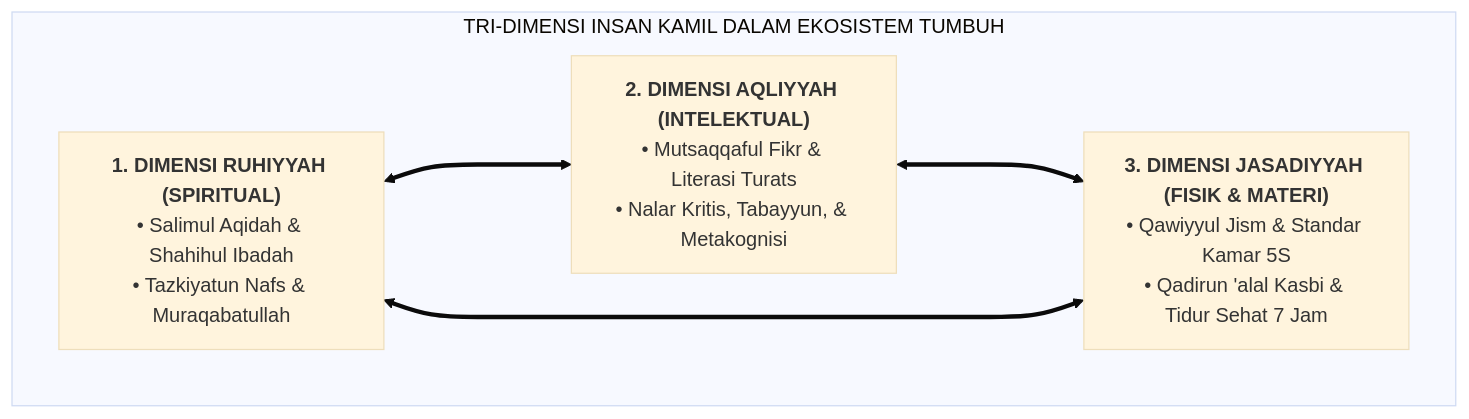
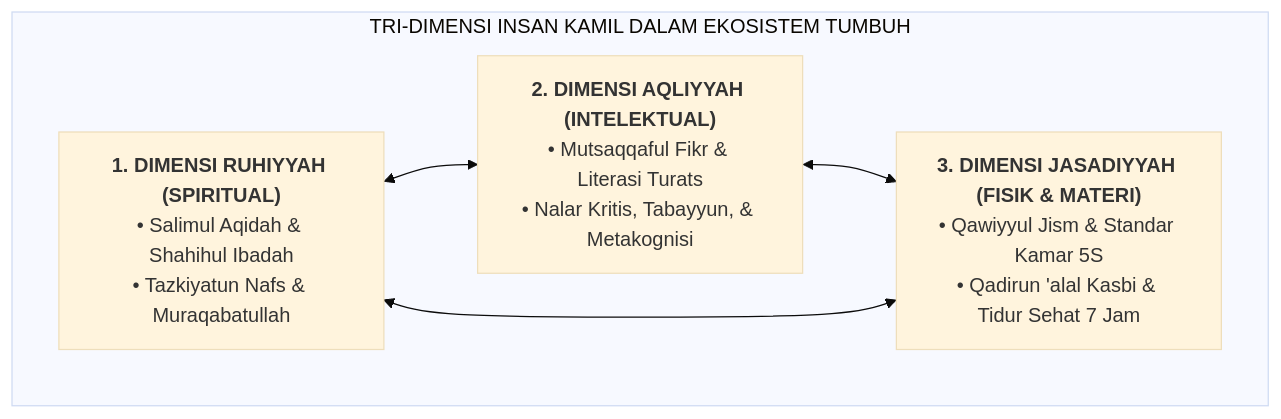
Before and after one commit to wandiapriliyandi/tumbuh: the diagram in BOOK Series 2/Volume-02-Taksonomi-Kapasitas-dan-Profil-Santri/Bab-01-Arsitektur-Kapasitas-Holistik/02-Tri-Dimensi-Insan-Kamil-Jasad-Akal-Ruh.md, drawn with Mermaid (base theme). The commit also changed 6 other files, not shown here.

Commit message:
fix(book-series-2): resolve mermaid syntax parse errors in bidirectional links and labels

````diff
--- a/BOOK Series 2/Volume-02-Taksonomi-Kapasitas-dan-Profil-Santri/Bab-01-Arsitektur-Kapasitas-Holistik/02-Tri-Dimensi-Insan-Kamil-Jasad-Akal-Ruh.md
+++ b/BOOK Series 2/Volume-02-Taksonomi-Kapasitas-dan-Profil-Santri/Bab-01-Arsitektur-Kapasitas-Holistik/02-Tri-Dimensi-Insan-Kamil-Jasad-Akal-Ruh.md
@@ -13,14 +13,14 @@
 ```mermaid
 flowchart TD
     subgraph InsanKamil["TRI-DIMENSI INSAN KAMIL DALAM EKOSISTEM TUMBUH"]
         R["<b>1. DIMENSI RUHIYYAH (SPIRITUAL)</b><br/>• Salimul Aqidah & Shahihul Ibadah<br/>• Tazkiyatun Nafs & Muraqabatullah"]
         
         A["<b>2. DIMENSI AQLIYYAH (INTELEKTUAL)</b><br/>• Mutsaqqaful Fikr & Literasi Turats<br/>• Nalar Kritis, Tabayyun, & Metakognisi"]
         
         J["<b>3. DIMENSI JASADIYYAH (FISIK & MATERI)</b><br/>• Qawiyyul Jism & Standar Kamar 5S<br/>• Qadirun 'alal Kasbi & Tidur Sehat 7 Jam"]
 
-        R <===> A
-        A <===> J
-        J <===> R
+        R <--> A
+        A <--> J
+        J <--> R
     end
 ```
````
